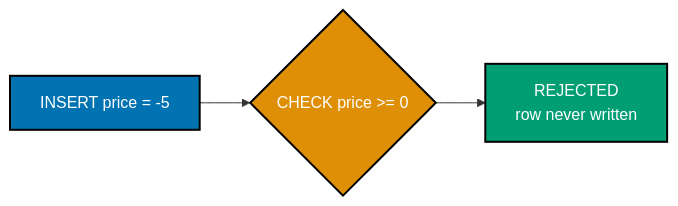
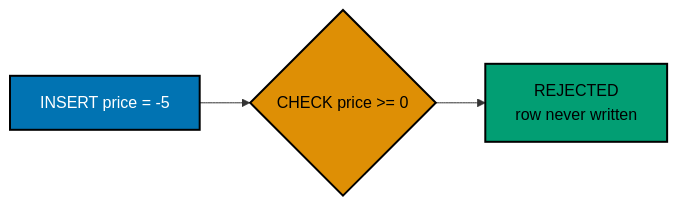
Before and after one commit to wahidyankf/ose-public: the fourth of 9 diagrams in apps/ayokoding-www/content/en/learn/courses/sql-essentials/learning/beginner.md, drawn with Mermaid. The commit also changed other lines of this file and 145 other files, not shown here.

First line of the commit message:
fix(mermaid): bring the second half of the courses diagrams onto the accessible palette

````diff
--- a/apps/ayokoding-www/content/en/learn/courses/sql-essentials/learning/beginner.md
+++ b/apps/ayokoding-www/content/en/learn/courses/sql-essentials/learning/beginner.md
@@ -1012,12 +1021,15 @@
 ```mermaid
 %% Color Palette: Blue #0173B2, Orange #DE8F05, Teal #029E73 -- color-blind friendly, WCAG AA
 flowchart LR
+    accTitle: Example 21: Check Constraint
+    accDescr: Flowchart with 3 nodes and 2 connections. Nodes: INSERT price = -5, CHECK price >= 0, REJECTED row never written. Connections: INSERT price = -5 to CHECK price >= 0, CHECK price >= 0 to REJECTED row never written.
     A["INSERT price = -5"]:::blue
     B{"CHECK price >= 0"}:::orange
     C["REJECTED<br/>row never written"]:::teal
     A --> B --> C
 
     classDef blue fill:#0173B2,stroke:#000000,color:#FFFFFF,stroke-width:2px
-    classDef orange fill:#DE8F05,stroke:#000000,color:#FFFFFF,stroke-width:2px
-    classDef teal fill:#029E73,stroke:#000000,color:#FFFFFF,stroke-width:2px
+    classDef orange fill:#DE8F05,stroke:#000000,color:#000000,stroke-width:2px
+    classDef teal fill:#029E73,stroke:#000000,color:#000000,stroke-width:2px
+    classDef default fill:#FFFFFF,stroke:#000000,color:#000000
 ```
````
